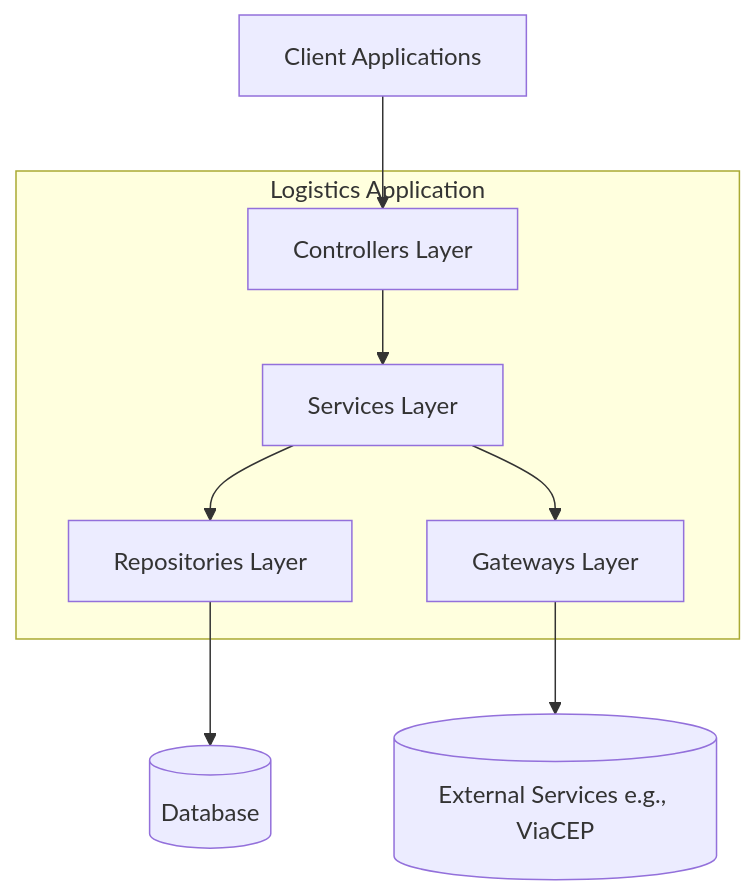
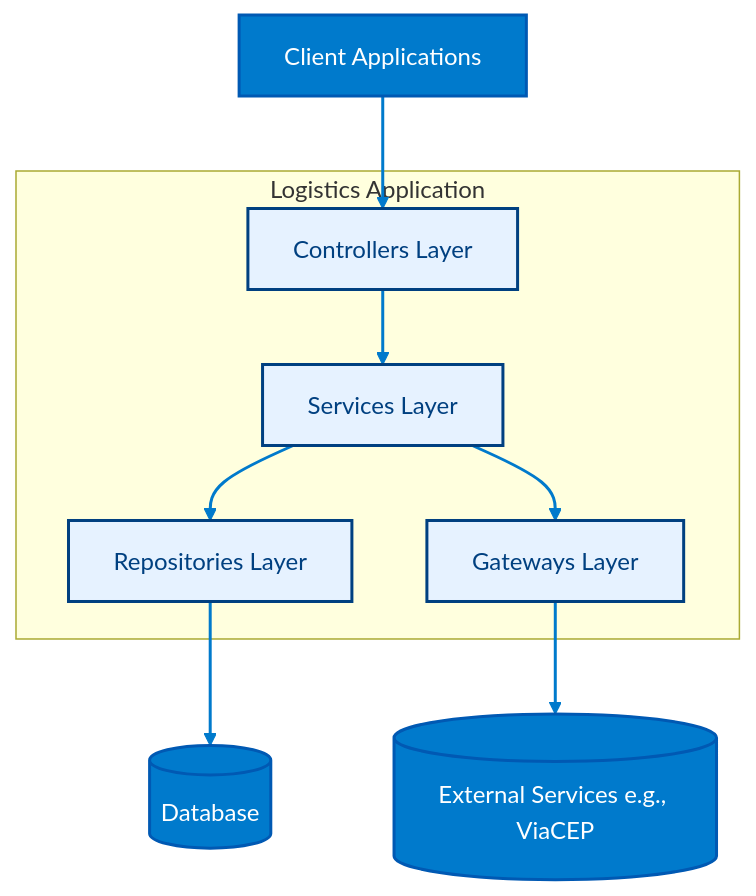
One commit to mattsimoessilva/shopbridge_logistics changed the diagram in README.md. Above: the diagram before and after it, drawn with Mermaid.

````diff
--- a/README.md
+++ b/README.md
@@ -48,26 +48,44 @@
 ```mermaid
 flowchart TD
     %% Client side
     A[Client Applications]
 
     %% Server side grouping
     subgraph Logistics Application
         B[Controllers Layer]
         C[Services Layer]
         D[Repositories Layer]
         F[Gateways Layer]
     end
 
     %% Database
     E[(Database)]
     %% External Service
     G[(External Services e.g., ViaCEP)]
 
     %% Connections
     A --> B
     B --> C
     C --> D
     C --> F
     D --> E
     F --> G
+
+    %% Node styles
+    style A fill:#007acc,stroke:#0059b3,color:#ffffff,stroke-width:2px
+    style B fill:#e6f2ff,stroke:#004080,color:#004080,stroke-width:2px
+    style C fill:#e6f2ff,stroke:#004080,color:#004080,stroke-width:2px
+    style D fill:#e6f2ff,stroke:#004080,color:#004080,stroke-width:2px
+    style F fill:#e6f2ff,stroke:#004080,color:#004080,stroke-width:2px
+    style E fill:#007acc,stroke:#0059b3,color:#ffffff,stroke-width:2px
+    style G fill:#007acc,stroke:#0059b3,color:#ffffff,stroke-width:2px
+
+    %% Arrow styles
+    linkStyle 0 stroke:#007acc,stroke-width:2px
+    linkStyle 1 stroke:#007acc,stroke-width:2px
+    linkStyle 2 stroke:#007acc,stroke-width:2px
+    linkStyle 3 stroke:#007acc,stroke-width:2px
+    linkStyle 4 stroke:#007acc,stroke-width:2px
+    linkStyle 5 stroke:#007acc,stroke-width:2px
+
 ```
````
